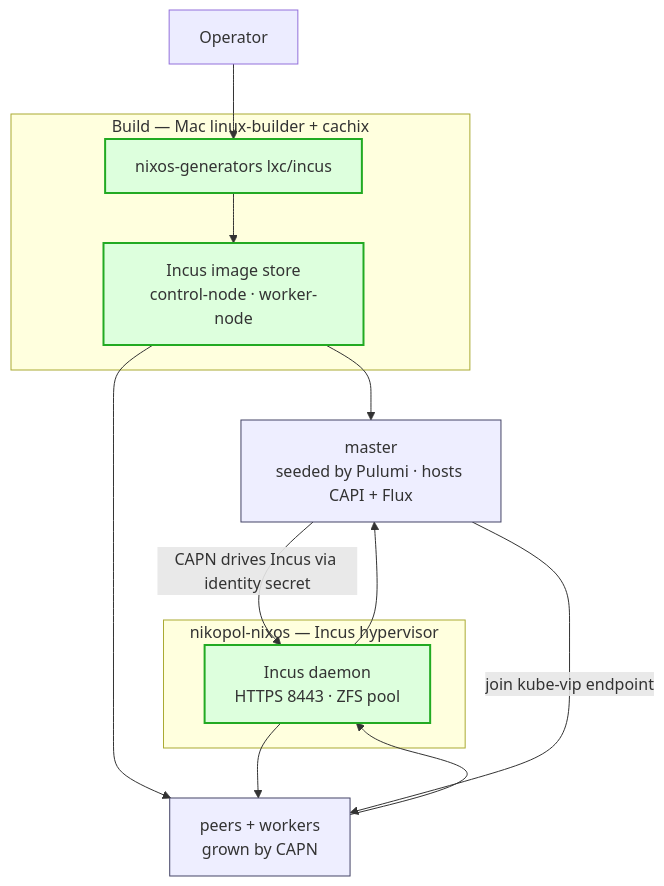
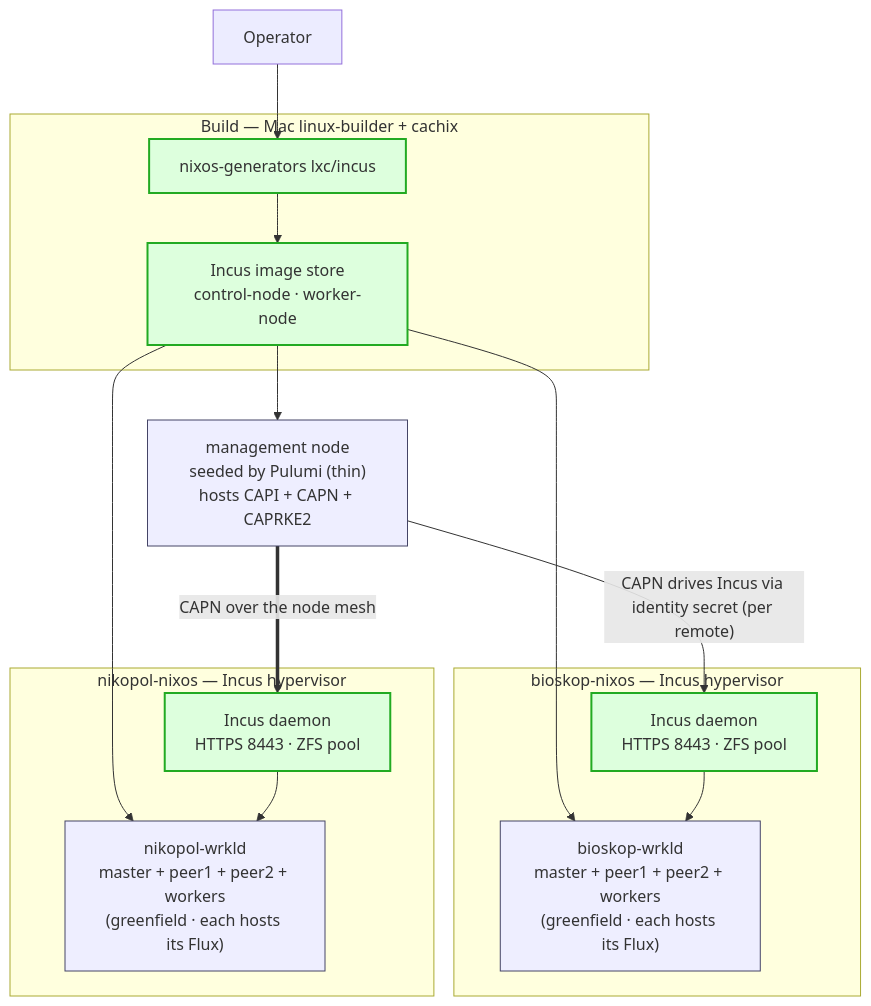
Before and after one commit to nxmatic/rke2lab: the second of 5 diagrams in docs/architecture/nixos-substrate/target-vision.adoc, drawn with Mermaid. The commit also changed other lines of this file and 25 other files, not shown here.

First line of the commit message:
docs(architecture): reframe specs to management/workload separation

```diff
--- a/docs/architecture/nixos-substrate/target-vision.adoc
+++ b/docs/architecture/nixos-substrate/target-vision.adoc
@@ -124,29 +139,33 @@
 [mermaid]
 ----
 flowchart TB
   op["Operator"]
   subgraph build["Build — Mac linux-builder + cachix"]
     gen["nixos-generators lxc/incus"]
     imgstore["Incus image store<br/>control-node · worker-node"]
     gen --> imgstore
   end
-  subgraph host["nikopol-nixos — Incus hypervisor"]
-    daemon["Incus daemon<br/>HTTPS 8443 · ZFS pool"]
+  mgmt["management node<br/>seeded by Pulumi (thin)<br/>hosts CAPI + CAPN + CAPRKE2"]
+  subgraph h1["bioskop-nixos — Incus hypervisor"]
+    d1["Incus daemon<br/>HTTPS 8443 · ZFS pool"]
+    bw["bioskop-wrkld<br/>master + peer1 + peer2 + workers<br/>(greenfield · each hosts its Flux)"]
   end
-  seed["master<br/>seeded by Pulumi · hosts CAPI + Flux"]
-  capn["peers + workers<br/>grown by CAPN"]
+  subgraph h2["nikopol-nixos — Incus hypervisor"]
+    d2["Incus daemon<br/>HTTPS 8443 · ZFS pool"]
+    nw["nikopol-wrkld<br/>master + peer1 + peer2 + workers<br/>(greenfield · each hosts its Flux)"]
+  end
 
   op --> gen
-  imgstore --> seed
-  imgstore --> capn
-  seed -->|"CAPN drives Incus via identity secret"| daemon
-  capn --> daemon
-  daemon --> seed
-  daemon --> capn
-  seed -->|"join kube-vip endpoint"| capn
+  imgstore --> mgmt
+  imgstore --> bw
+  imgstore --> nw
+  mgmt -->|"CAPN drives Incus via identity secret (per remote)"| d1
+  mgmt ==>|"CAPN over the node mesh"| d2
+  d1 --> bw
+  d2 --> nw
 
   classDef new fill:#dfd,stroke:#2a2,stroke-width:2px;
   classDef keep fill:#eef,stroke:#446,stroke-width:1px;
-  class gen,imgstore,daemon new;
-  class seed,capn keep;
+  class gen,imgstore,d1,d2 new;
+  class mgmt,bw,nw keep;
 ----
```
